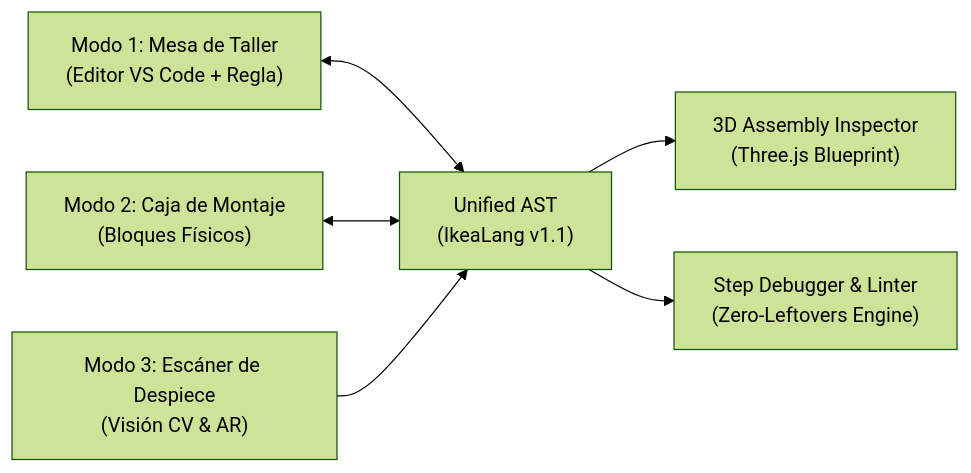
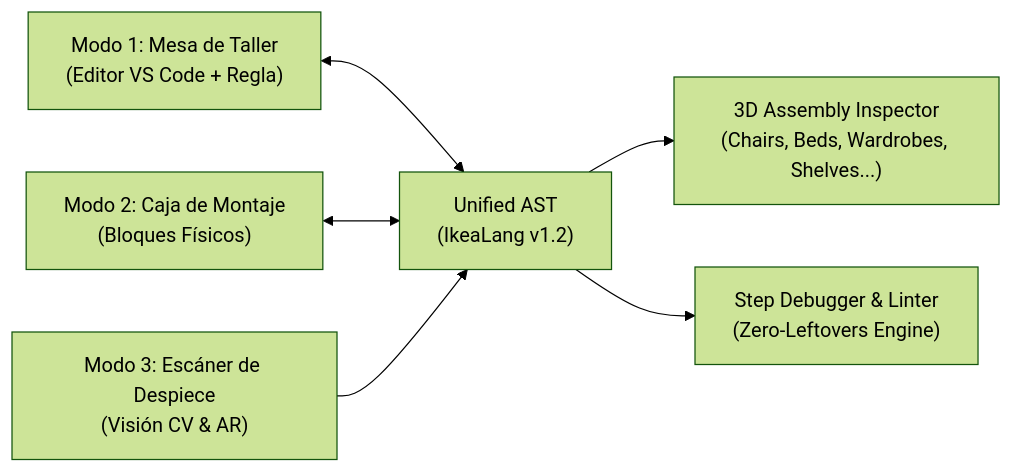
One commit to ericspechtdelatorre-art/lyp-2026 changed the diagram in README.md. Above: the diagram before and after it, drawn with Mermaid (forest theme). The commit also changed other lines of this file and 11 other files, not shown here.

Commit message:
feat: rediseño universal de IkeaLang v1.2 para soportar cualquier mueble (sillas, camas, armarios, cajones, estanterías, mesas) con estabilidad garantizada

````diff
--- a/README.md
+++ b/README.md
@@ -14,8 +15,8 @@
 ```mermaid
 flowchart LR
-    A["Modo 1: Mesa de Taller\n(Editor VS Code + Regla)"] <--> AST["Unified AST\n(IkeaLang v1.1)"]
+    A["Modo 1: Mesa de Taller\n(Editor VS Code + Regla)"] <--> AST["Unified AST\n(IkeaLang v1.2)"]
     B["Modo 2: Caja de Montaje\n(Bloques Físicos)"] <--> AST
     C["Modo 3: Escáner de Despiece\n(Visión CV & AR)"] --> AST
-    AST --> D["3D Assembly Inspector\n(Three.js Blueprint)"]
+    AST --> D["3D Assembly Inspector\n(Chairs, Beds, Wardrobes, Shelves...)"]
     AST --> E["Step Debugger & Linter\n(Zero-Leftovers Engine)"]
 ```
````
